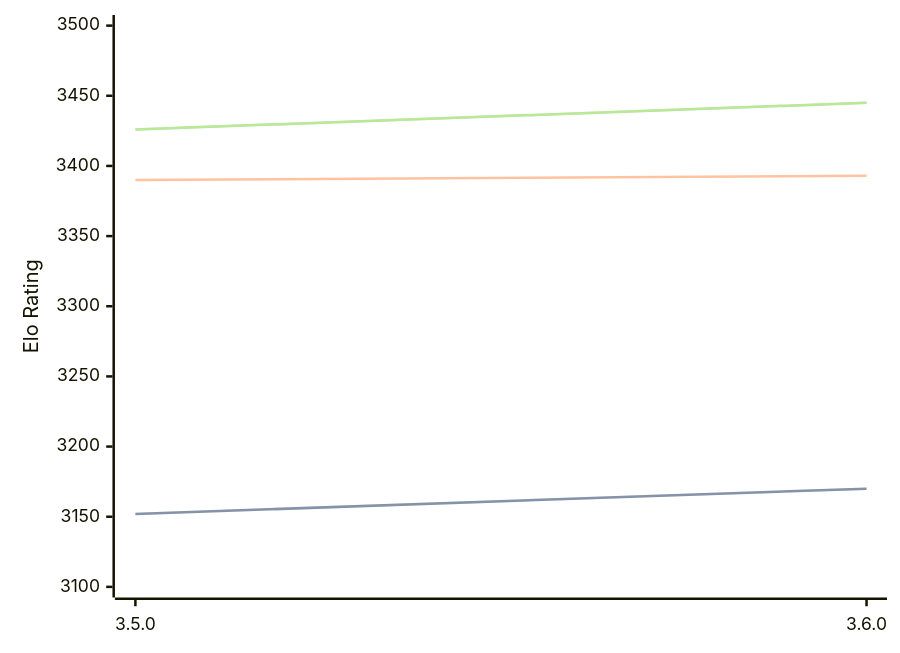
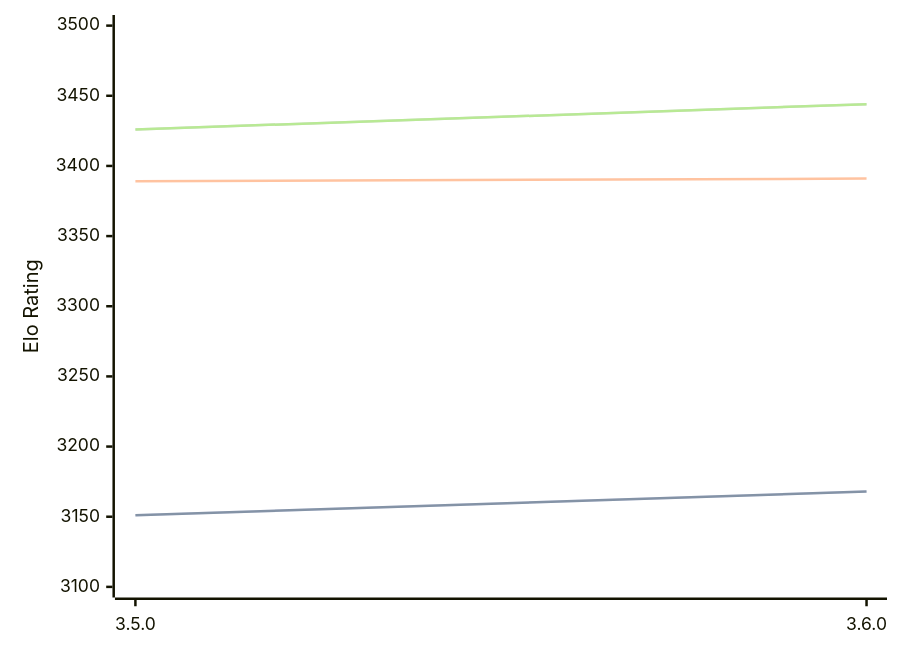
Before and after one commit to computer-chess-index/cci: the diagram in engines/Igel.md, drawn with Mermaid. The commit also changed other lines of this file, not shown here.

Commit message:
Update CCI Ratings (ELO VLTC) - 2026-06-07

````diff
--- a/engines/Igel.md
+++ b/engines/Igel.md
@@ -68,11 +68,11 @@
 ```mermaid
 %%{init: {"theme":"base","themeVariables":{"seriesColors:['#a3a3a3','#222221','#faa371']}}}%%
 xychart-beta
   x-axis ["3.5.0", "3.6.0"]
   y-axis "Elo Rating" 3100 --> 3500
-  line "STC (8.0+0.08s)" [3152, 3170]
-  line "STC (8.0+0.08s)" [3152, 3170]
-  line "LTC (60.0+0.60s)" [3390, 3393]
-  line "VLTC (2m24s+1.12s)" [3426, 3445]
-  line "VLTC (2m24s+1.12s)" [3426, 3445]
+  line "STC (8.0+0.08s)" [3151, 3168]
+  line "STC (8.0+0.08s)" [3151, 3168]
+  line "LTC (60.0+0.60s)" [3389, 3391]
+  line "VLTC (2m24s+1.12s)" [3426, 3444]
+  line "VLTC (2m24s+1.12s)" [3426, 3444]
 ```
````
